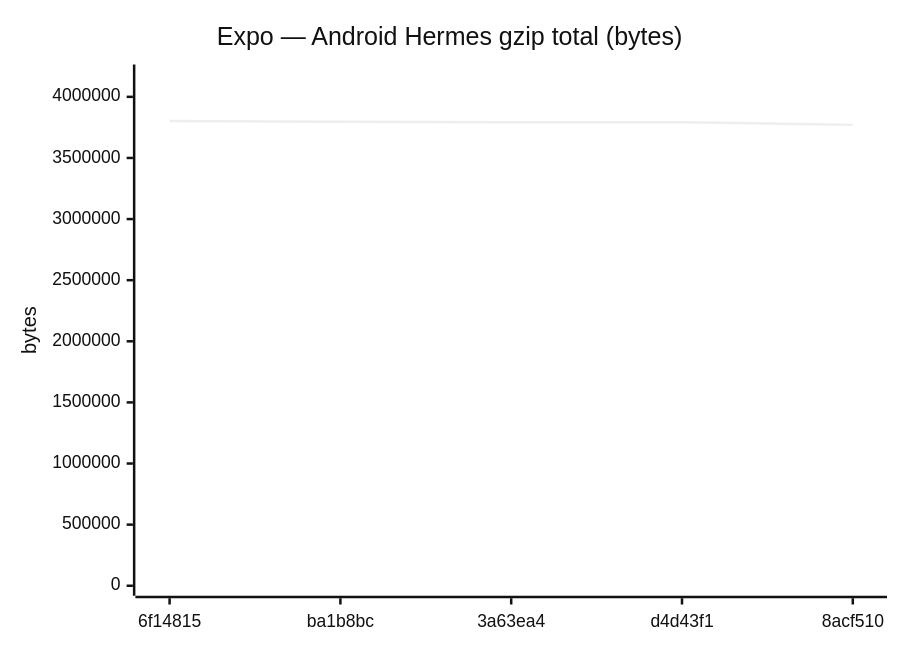
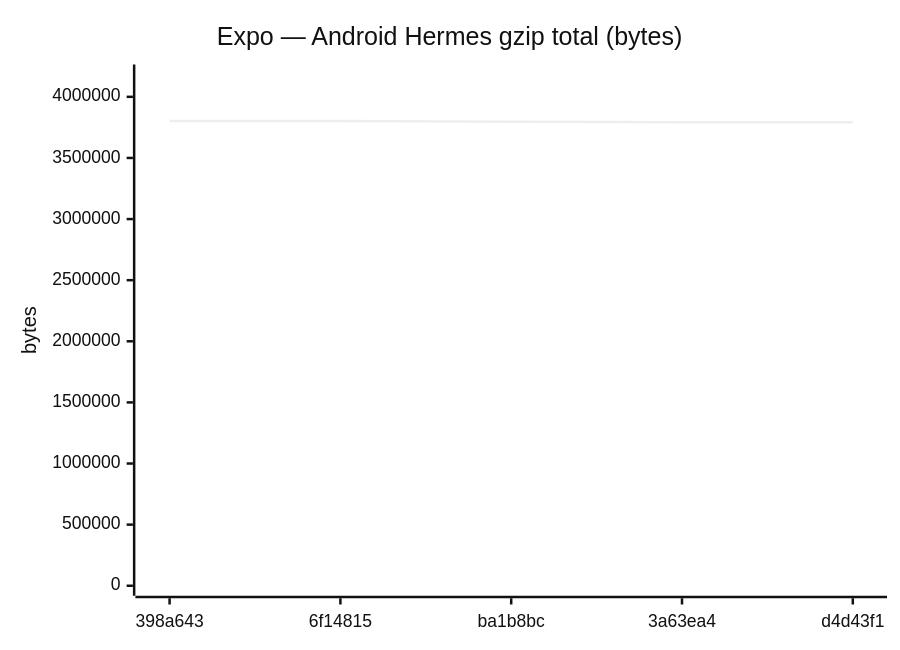
Diagram 11 of 18 in benchmarks/compare.md (Metaheurist/Rianell), drawn with Mermaid (neutral theme) before and after one commit. The commit also changed other lines of this file and 11 other files, not shown here.

````diff
--- a/benchmarks/compare.md
+++ b/benchmarks/compare.md
@@ -172,7 +172,7 @@
 ```mermaid
 xychart-beta
     title "Expo — Android Hermes gzip total (bytes)"
-    x-axis ["6f14815", "ba1b8bc", "3a63ea4", "d4d43f1", "8acf510"]
-    y-axis "bytes" 0 --> 4182780
-    line [3802527, 3796378, 3791714, 3791716, 3770636]
+    x-axis ["398a643", "6f14815", "ba1b8bc", "3a63ea4", "d4d43f1"]
+    y-axis "bytes" 0 --> 4182781
+    line [3802528, 3802527, 3796378, 3791714, 3791716]
 ```
````
